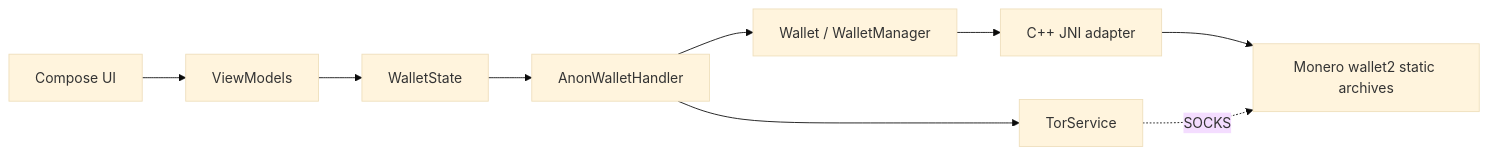
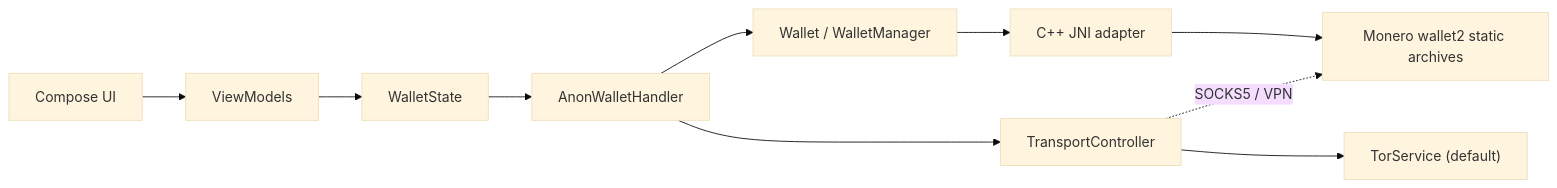
The diagram in README.md (daviduhden/ANONERO), drawn with Mermaid (base theme) before and after one commit. The commit also changed other lines of this file and 18 other files, not shown here.

````diff
--- a/README.md
+++ b/README.md
@@ -61,11 +63,12 @@
 ```mermaid
 flowchart LR
     UI["Compose UI"] --> VM["ViewModels"]
     VM --> State["WalletState"]
     State --> Handler["AnonWalletHandler"]
     Handler --> Wallet["Wallet / WalletManager"]
     Wallet --> JNI["C++ JNI adapter"]
     JNI --> W2["Monero wallet2 static archives"]
-    Handler --> Tor["TorService"]
-    Tor -. SOCKS .-> W2
+    Handler --> Transport["TransportController"]
+    Transport --> Tor["TorService (default)"]
+    Transport -. SOCKS5 / VPN .-> W2
 ```
````
